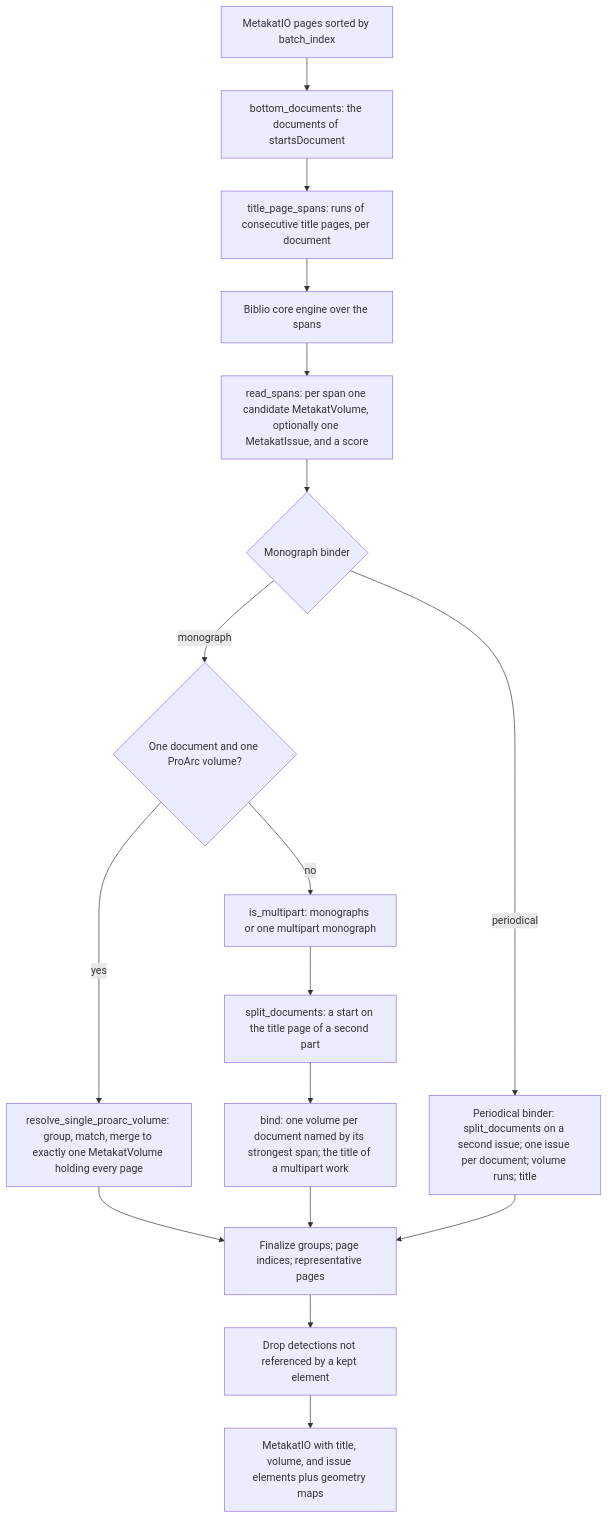
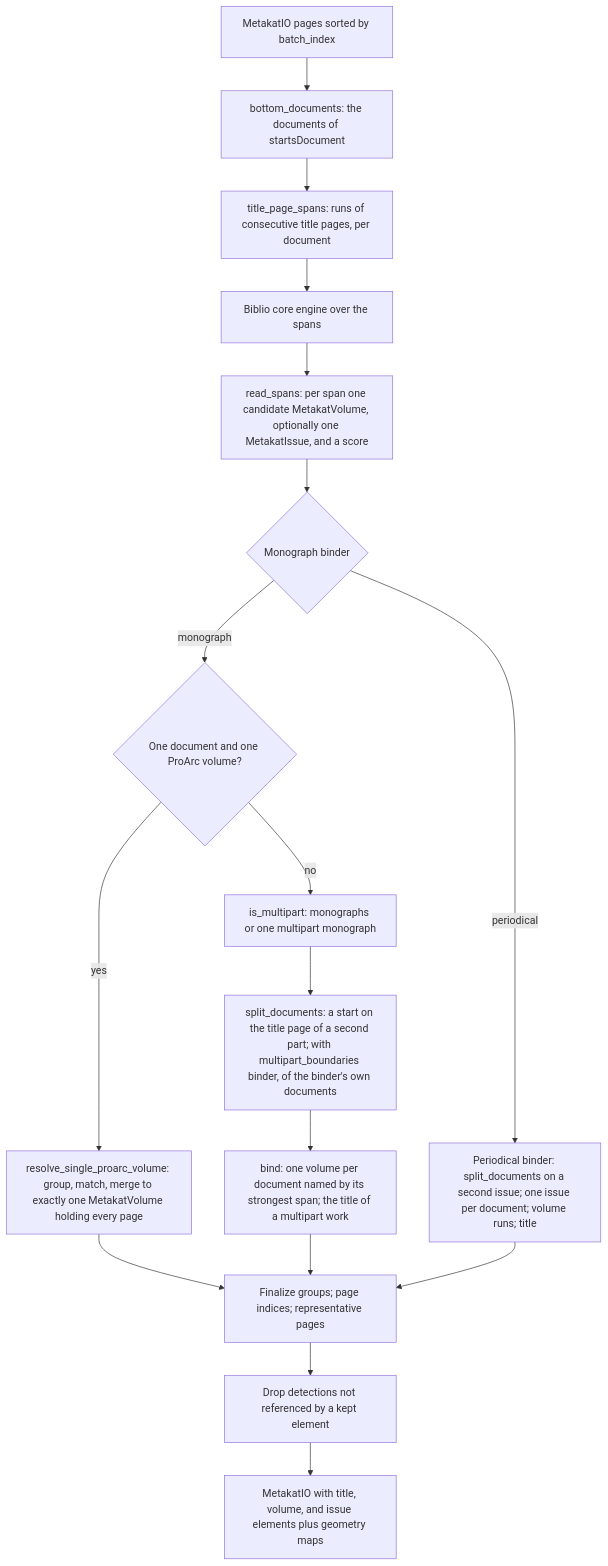
Before and after one commit to DCGM/MetaKat: the second of 2 diagrams in metakat/biblio/README.md, drawn with Mermaid. The commit also changed other lines of this file and 13 other files, not shown here.

````diff
--- a/metakat/biblio/README.md
+++ b/metakat/biblio/README.md
@@ -720,25 +735,25 @@
 ```mermaid
 flowchart TD
     A[MetakatIO pages sorted by batch_index]
     S[bottom_documents: the documents of startsDocument]
     B[title_page_spans: runs of consecutive title pages, per document]
     C[Biblio core engine over the spans]
     D[read_spans: per span one candidate MetakatVolume, optionally one MetakatIssue, and a score]
     M{Monograph binder}
     E{One document and one ProArc volume?}
     F[resolve_single_proarc_volume: group, match, merge to exactly one MetakatVolume holding every page]
     K1[is_multipart: monographs or one multipart monograph]
-    P[split_documents: a start on the title page of a second part]
+    P[split_documents: a start on the title page of a second part; with multipart_boundaries binder, of the binder's own documents]
     G[bind: one volume per document named by its strongest span; the title of a multipart work]
     Q[Periodical binder: split_documents on a second issue; one issue per document; volume runs; title]
     I[Finalize groups; page indices; representative pages]
     J[Drop detections not referenced by a kept element]
     K[MetakatIO with title, volume, and issue elements plus geometry maps]
 
     A --> S --> B --> C --> D --> M
     M -- monograph --> E
     E -- yes --> F --> I
     E -- no --> K1 --> P --> G --> I
     M -- periodical --> Q --> I
     I --> J --> K
 ```
````
